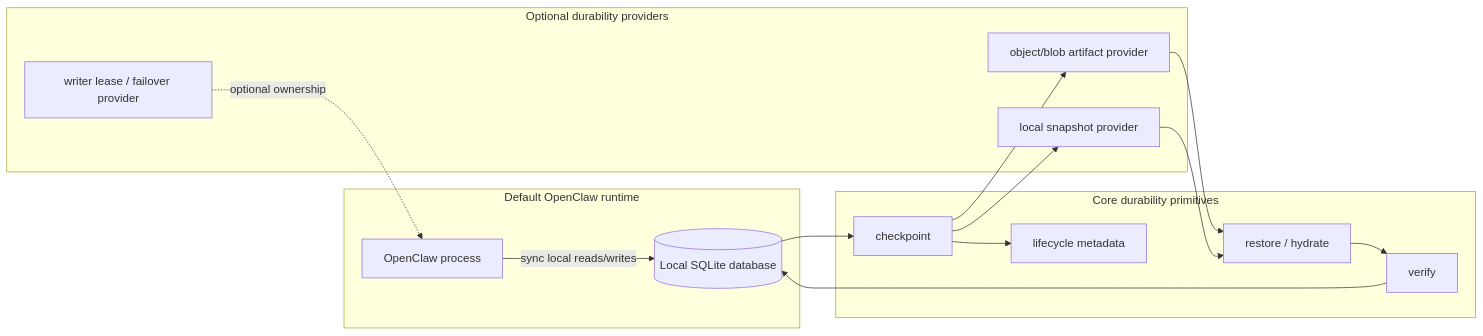
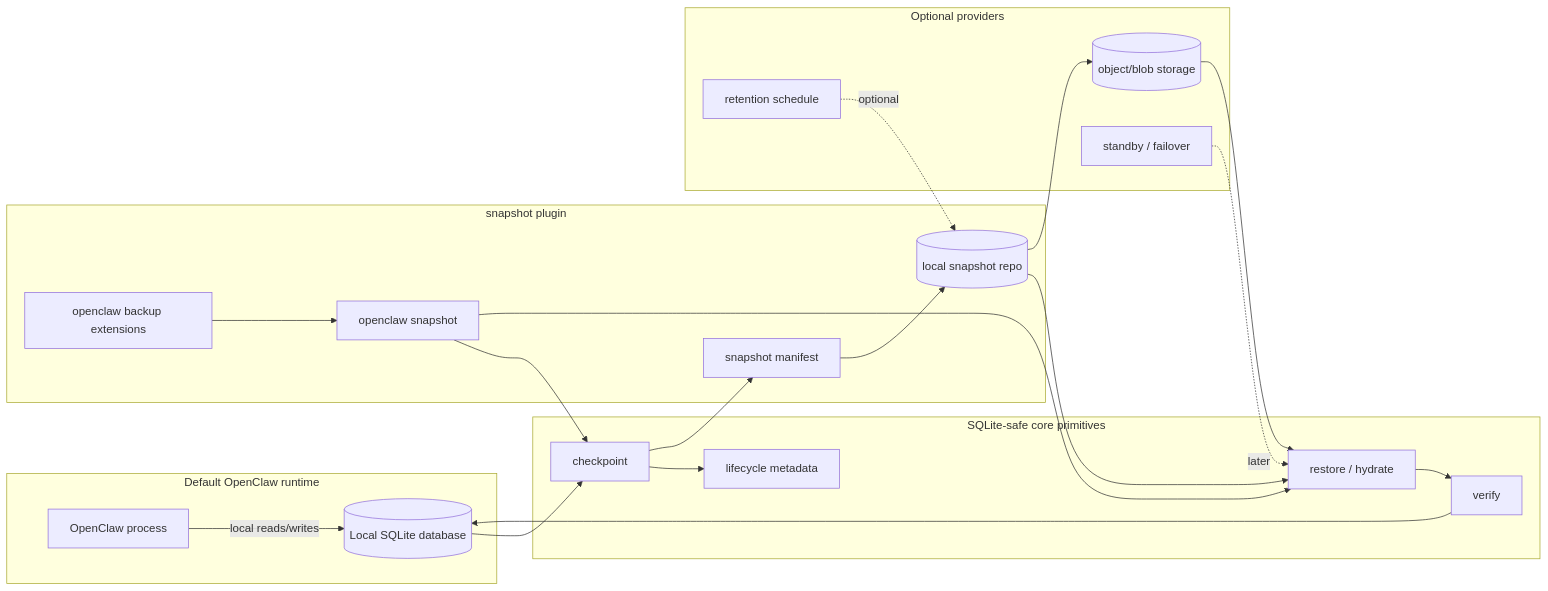
One commit to openclaw/rfcs changed the diagram in rfcs/0013-cloud-serializable-sqlite-state.md. Above: the diagram before and after it, drawn with Mermaid. The commit also changed other lines of this file, not shown here.

Commit message:
Refocus RFC on snapshot plugin

````diff
--- a/rfcs/0013-cloud-serializable-sqlite-state.md
+++ b/rfcs/0013-cloud-serializable-sqlite-state.md
@@ -89,31 +125,43 @@
 ```mermaid
 flowchart LR
   subgraph Runtime[Default OpenClaw runtime]
     App[OpenClaw process]
     DB[(Local SQLite database)]
-    App -->|sync local reads/writes| DB
+    App -->|local reads/writes| DB
   end
 
-  subgraph Core[Core durability primitives]
+  subgraph Core[SQLite-safe core primitives]
     Checkpoint[checkpoint]
     Verify[verify]
     Restore[restore / hydrate]
     Metadata[lifecycle metadata]
   end
 
-  subgraph Providers[Optional durability providers]
-    Local[local snapshot provider]
-    Object[object/blob artifact provider]
-    Lease[writer lease / failover provider]
+  subgraph Plugin[snapshot plugin]
+    Cmd[openclaw snapshot]
+    Backup[openclaw backup extensions]
+    Manifest[snapshot manifest]
+    LocalRepo[(local snapshot repo)]
+  end
+
+  subgraph Providers[Optional providers]
+    Object[(object/blob storage)]
+    Retention[retention schedule]
+    Failover[standby / failover]
   end
 
   DB --> Checkpoint
   Checkpoint --> Metadata
-  Checkpoint --> Local
-  Checkpoint --> Object
+  Checkpoint --> Manifest
+  Cmd --> Checkpoint
+  Cmd --> Restore
+  Backup --> Cmd
+  Manifest --> LocalRepo
+  LocalRepo --> Restore
+  LocalRepo --> Object
   Object --> Restore
-  Local --> Restore
   Restore --> Verify
   Verify --> DB
-  Lease -. optional ownership .-> App
+  Retention -. optional .-> LocalRepo
+  Failover -. later .-> Restore
 ```
````
